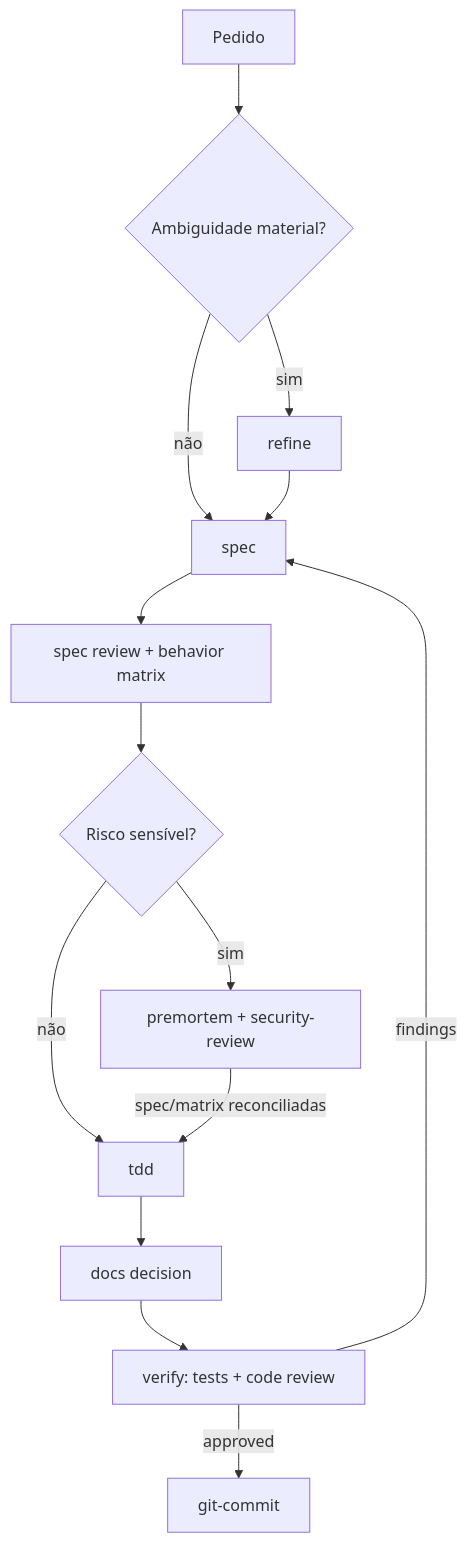
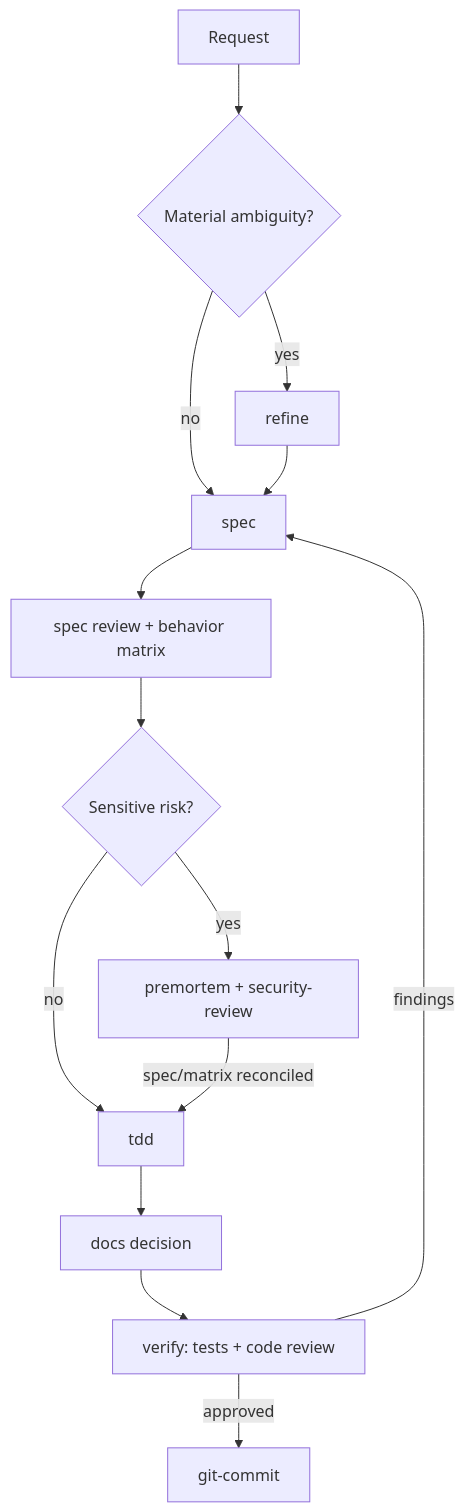
One commit to woliveiras/baseline changed the first of 3 diagrams in docs/internal/audit/2026-08-06-tuxedo-repository-audit/04-skills-agents-and-documentation.md. Above: the diagram before and after it, drawn with Mermaid. The commit also changed other lines of this file and 13 other files, not shown here.

````diff
--- a/docs/internal/audit/2026-08-06-tuxedo-repository-audit/04-skills-agents-and-documentation.md
+++ b/docs/internal/audit/2026-08-06-tuxedo-repository-audit/04-skills-agents-and-documentation.md
@@ -70,16 +70,16 @@
 ```mermaid
 flowchart TD
-    U["Pedido"] --> A{"Ambiguidade material?"}
-    A -->|sim| R["refine"]
-    A -->|não| S["spec"]
+    U["Request"] --> A{"Material ambiguity?"}
+    A -->|yes| R["refine"]
+    A -->|no| S["spec"]
     R --> S
     S --> SR["spec review + behavior matrix"]
-    SR --> H{"Risco sensível?"}
-    H -->|sim| P["premortem + security-review"]
-    H -->|não| T["tdd"]
-    P -->|"spec/matrix reconciliadas"| T
+    SR --> H{"Sensitive risk?"}
+    H -->|yes| P["premortem + security-review"]
+    H -->|no| T["tdd"]
+    P -->|"spec/matrix reconciled"| T
     T --> D["docs decision"]
     D --> V["verify: tests + code review"]
     V -->|findings| S
     V -->|approved| G["git-commit"]
 ```
````
